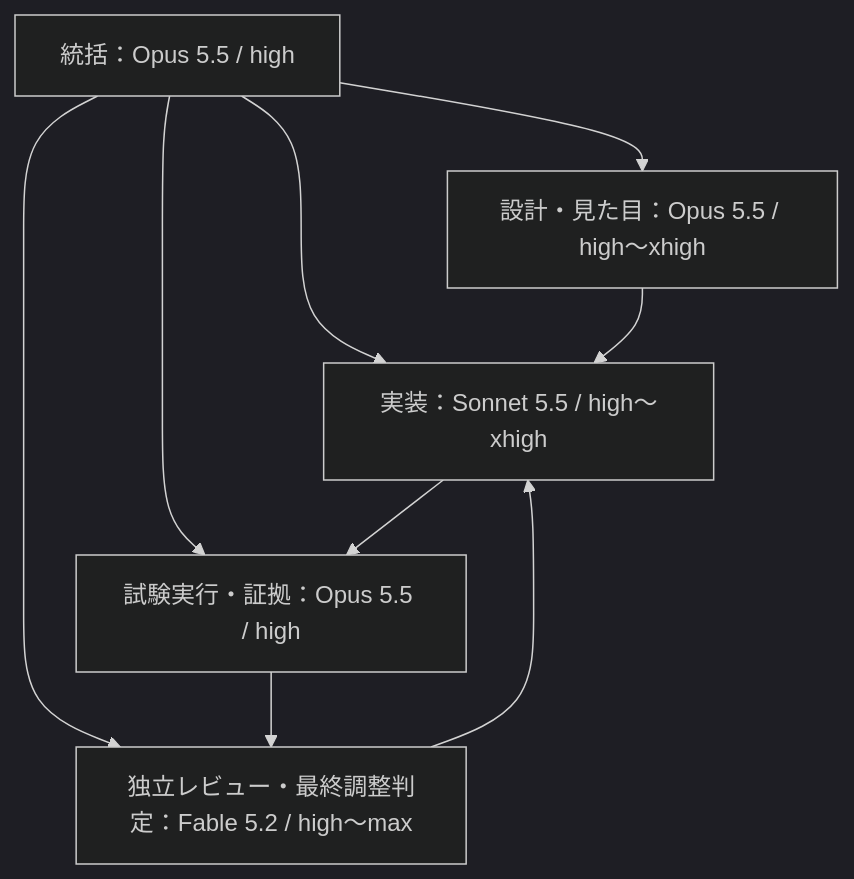
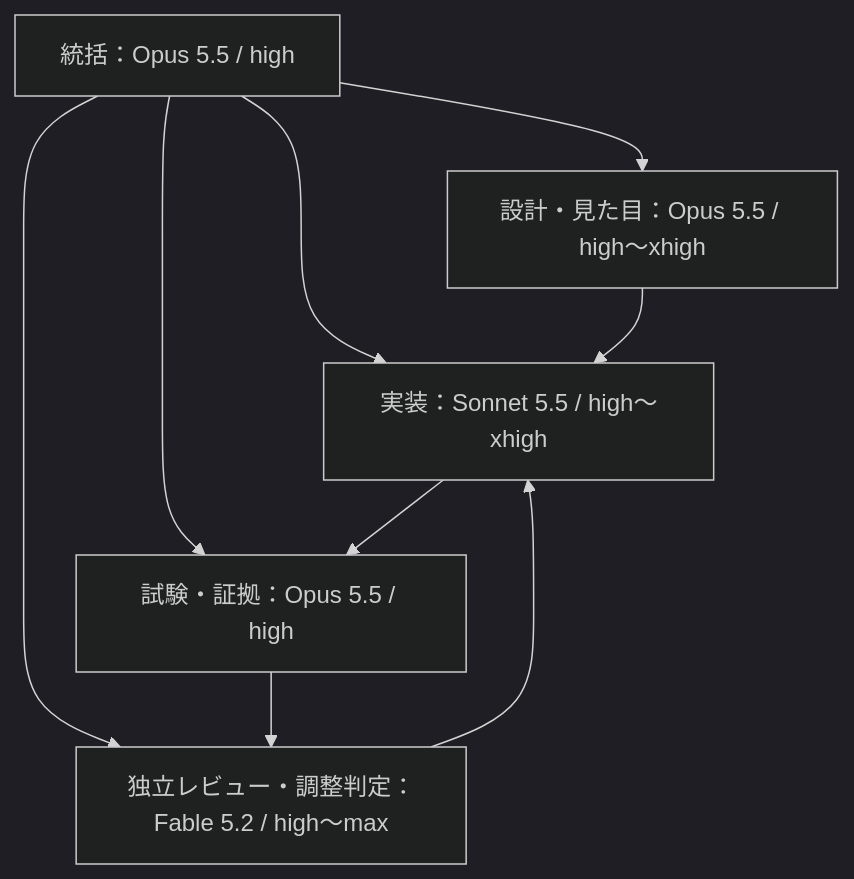
Before and after one commit to chameleonjp-lab/chameleol: the diagram in docs/prompts/2026-11-14-claude-design-followups.md, drawn with Mermaid (dark theme). The commit also changed other lines of this file and 5 other files, not shown here.

````diff
--- a/docs/prompts/2026-11-14-claude-design-followups.md
+++ b/docs/prompts/2026-11-14-claude-design-followups.md
@@ -27,16 +27,16 @@
 ```mermaid
 flowchart TD
   C["統括：Opus 5.5 / high"]
   D["設計・見た目：Opus 5.5 / high〜xhigh"]
   I["実装：Sonnet 5.5 / high〜xhigh"]
-  Q["試験実行・証拠：Opus 5.5 / high"]
-  R["独立レビュー・最終調整判定：Fable 5.2 / high〜max"]
+  Q["試験・証拠：Opus 5.5 / high"]
+  R["独立レビュー・調整判定：Fable 5.2 / high〜max"]
   C --> D
   C --> I
   C --> Q
   C --> R
   D --> I
   I --> Q
   Q --> R
   R --> I
 ```
````
